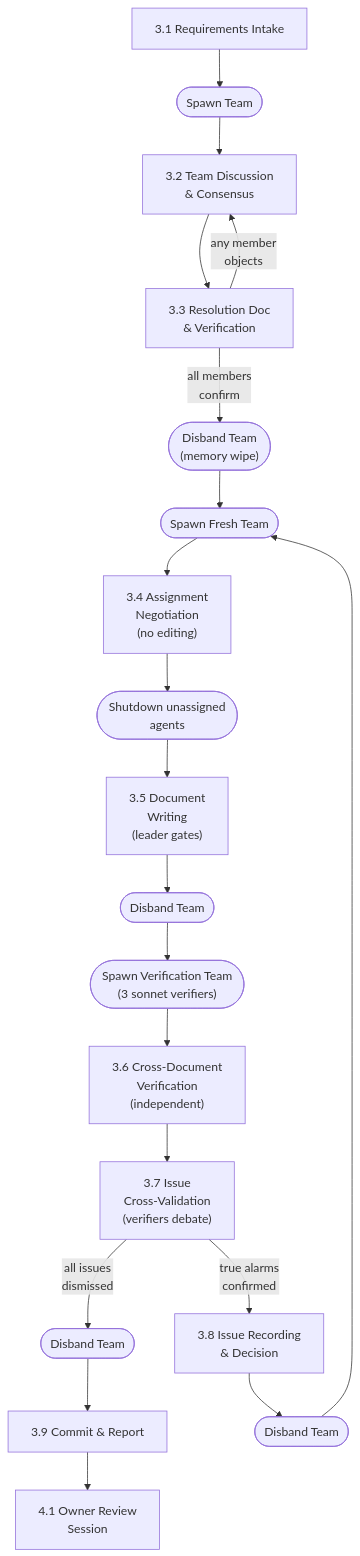
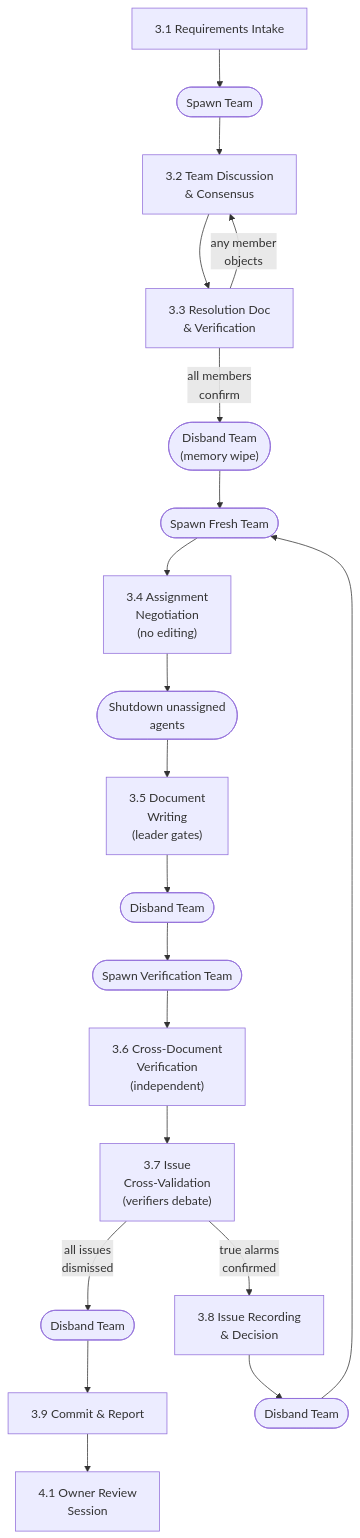
Before and after one commit to powdream-org/it-shell3: the second of 3 diagrams in docs/work-styles/03-design-workflow.md, drawn with Mermaid. The commit also changed other lines of this file and 4 other files, not shown here.

````diff
--- a/docs/work-styles/03-design-workflow.md
+++ b/docs/work-styles/03-design-workflow.md
@@ -68,22 +68,22 @@
 ```mermaid
 graph TD
     A["3.1 Requirements Intake"] --> spawn1(["Spawn Team"])
     spawn1 --> B["3.2 Team Discussion<br/>& Consensus"]
     B --> C["3.3 Resolution Doc<br/>& Verification"]
     C -- "any member<br/>objects" --> B
     C -- "all members<br/>confirm" --> disband1(["Disband Team<br/>(memory wipe)"])
     disband1 --> spawn2(["Spawn Fresh Team"])
     spawn2 --> D1["3.4 Assignment<br/>Negotiation<br/>(no editing)"]
     D1 --> shutdown_unassigned(["Shutdown unassigned<br/>agents"])
     shutdown_unassigned --> D2["3.5 Document<br/>Writing<br/>(leader gates)"]
     D2 --> disband2(["Disband Team"])
-    disband2 --> spawn3(["Spawn Verification Team<br/>(3 sonnet verifiers)"])
+    disband2 --> spawn3(["Spawn Verification Team"])
     spawn3 --> E["3.6 Cross-Document<br/>Verification<br/>(independent)"]
     E --> F["3.7 Issue<br/>Cross-Validation<br/>(verifiers debate)"]
     F -- "all issues<br/>dismissed" --> disband4(["Disband Team"])
     F -- "true alarms<br/>confirmed" --> G["3.8 Issue Recording<br/>& Decision"]
     G --> disband3(["Disband Team"])
     disband3 --> spawn2
     disband4 --> H["3.9 Commit & Report"]
     H --> I["4.1 Owner Review<br/>Session"]
 ```
````
